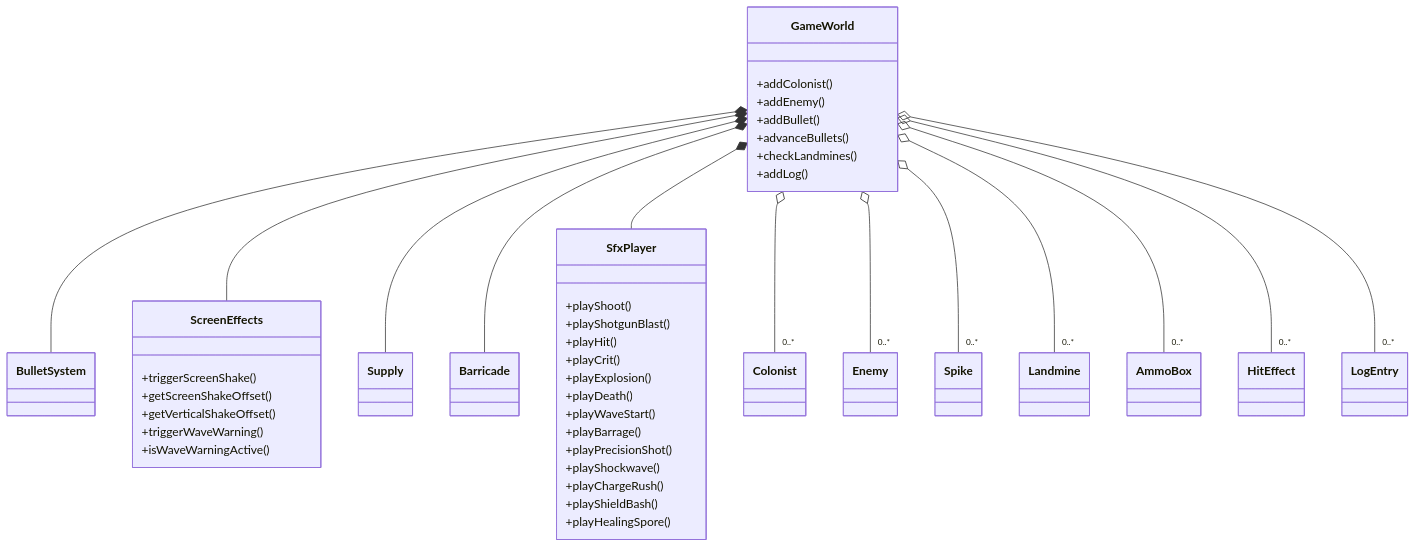
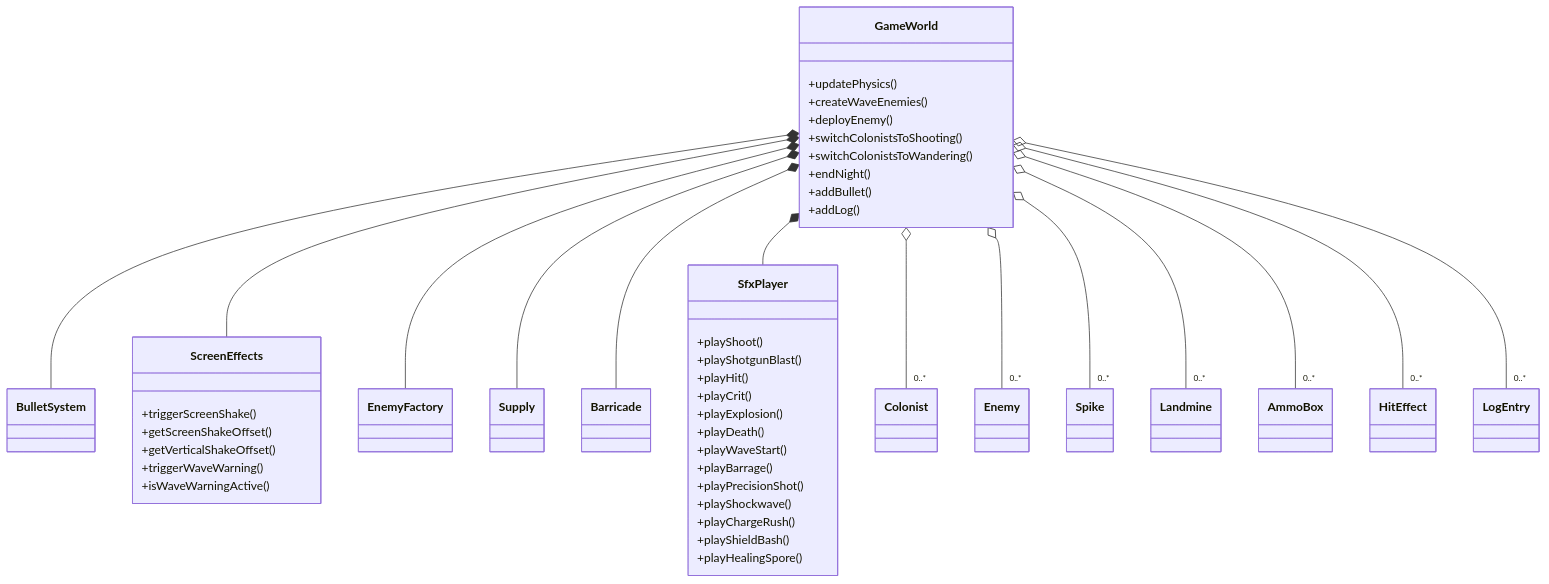
Before and after one commit to weweweme/teamnova_basic_class: the seventh of 13 diagrams in week6/CLAUDE.md, drawn with Mermaid. The commit also changed other lines of this file, not shown here.

````diff
--- a/week6/CLAUDE.md
+++ b/week6/CLAUDE.md
@@ -347,46 +347,49 @@
 ```mermaid
 classDiagram
     GameWorld *-- BulletSystem
     GameWorld *-- ScreenEffects
+    GameWorld *-- EnemyFactory
     GameWorld *-- Supply
     GameWorld *-- Barricade
     GameWorld *-- SfxPlayer
     GameWorld o-- "0..*" Colonist
     GameWorld o-- "0..*" Enemy
     GameWorld o-- "0..*" Spike
     GameWorld o-- "0..*" Landmine
     GameWorld o-- "0..*" AmmoBox
     GameWorld o-- "0..*" HitEffect
     GameWorld o-- "0..*" LogEntry
 
     class GameWorld {
-        +addColonist()
-        +addEnemy()
+        +updatePhysics()
+        +createWaveEnemies()
+        +deployEnemy()
+        +switchColonistsToShooting()
+        +switchColonistsToWandering()
+        +endNight()
         +addBullet()
-        +advanceBullets()
-        +checkLandmines()
         +addLog()
     }
     class ScreenEffects {
         +triggerScreenShake()
         +getScreenShakeOffset()
         +getVerticalShakeOffset()
         +triggerWaveWarning()
         +isWaveWarningActive()
     }
     class SfxPlayer {
         +playShoot()
         +playShotgunBlast()
         +playHit()
         +playCrit()
         +playExplosion()
         +playDeath()
         +playWaveStart()
         +playBarrage()
         +playPrecisionShot()
         +playShockwave()
         +playChargeRush()
         +playShieldBash()
         +playHealingSpore()
     }
 ```
````
